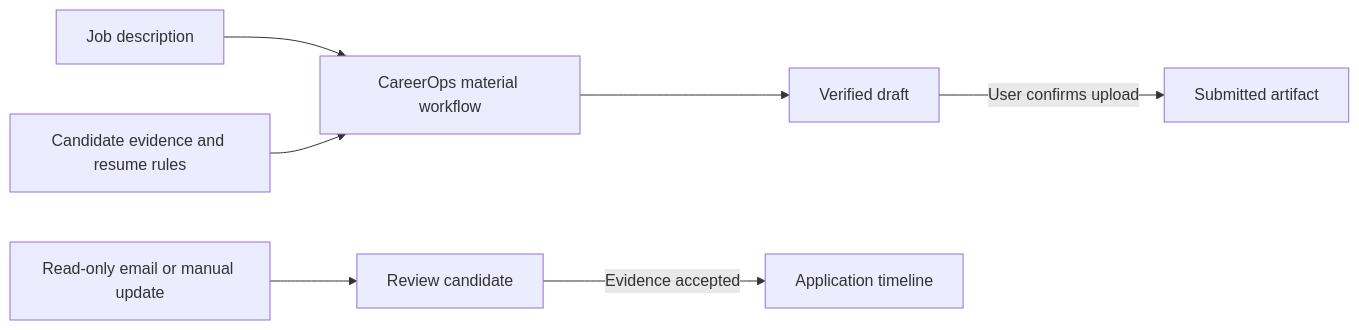
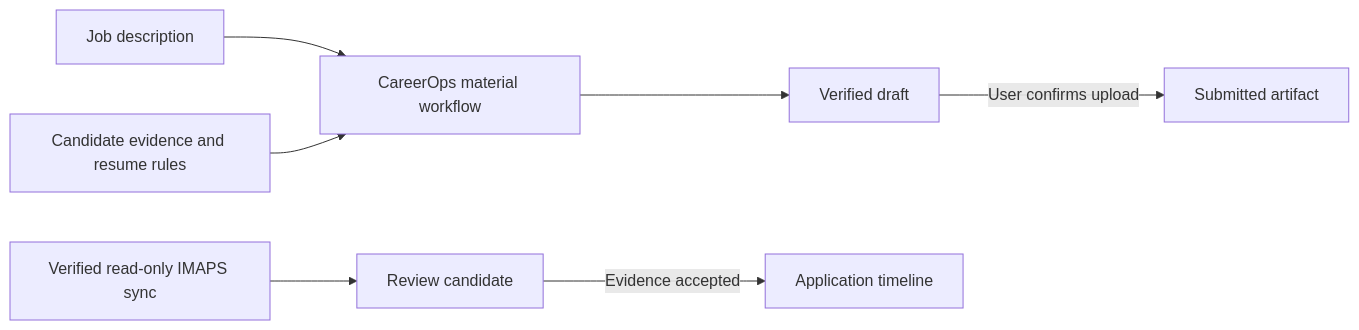
One commit to haowen-ai/career-journal changed the diagram in README.md. Above: the diagram before and after it, drawn with Mermaid. The commit also changed other lines of this file and 53 other files, not shown here.

````diff
--- a/README.md
+++ b/README.md
@@ -42,9 +42,9 @@
 ```mermaid
 flowchart LR
     A[Job description] --> C[CareerOps material workflow]
     B[Candidate evidence and resume rules] --> C
     C --> D[Verified draft]
     D -->|User confirms upload| E[Submitted artifact]
-    F[Read-only email or manual update] --> G[Review candidate]
+    F[Verified read-only IMAPS sync] --> G[Review candidate]
     G -->|Evidence accepted| H[Application timeline]
 ```
````
